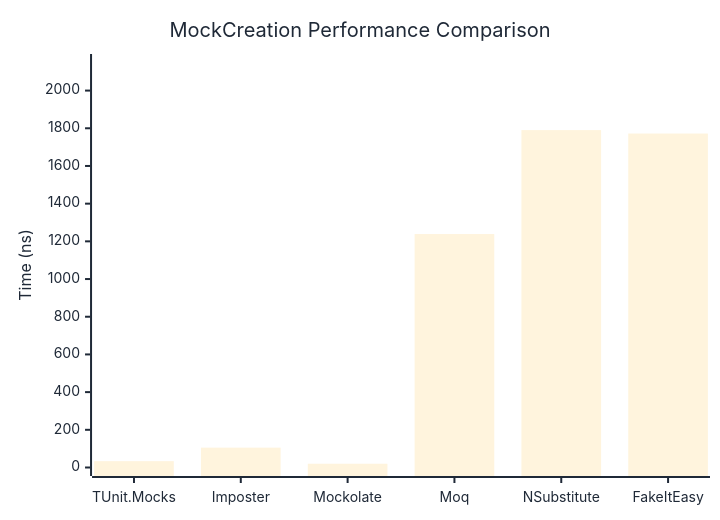
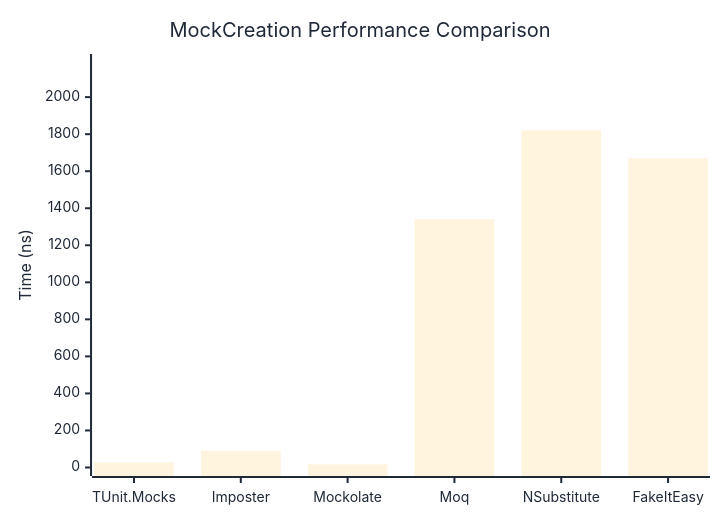
One commit to thomhurst/TUnit changed the first of 2 diagrams in docs/docs/benchmarks/mocks/MockCreation.md. Above: the diagram before and after it, drawn with Mermaid. The commit also changed other lines of this file and 14 other files, not shown here.

````diff
--- a/docs/docs/benchmarks/mocks/MockCreation.md
+++ b/docs/docs/benchmarks/mocks/MockCreation.md
@@ -30,27 +30,27 @@
 ```mermaid
 %%{init: {
   'theme':'base',
   'themeVariables': {
     'primaryColor': '#2563eb',
     'primaryTextColor': '#1f2937',
     'primaryBorderColor': '#1e40af',
     'lineColor': '#6b7280',
     'secondaryColor': '#7c3aed',
     'tertiaryColor': '#dc2626',
     'background': '#ffffff',
     'pie1': '#2563eb',
     'pie2': '#7c3aed',
     'pie3': '#dc2626',
     'pie4': '#f59e0b',
     'pie5': '#10b981',
     'pie6': '#06b6d4',
     'pie7': '#ec4899',
     'pie8': '#6366f1'
   }
 }}%%
 xychart-beta
   title "MockCreation Performance Comparison"
   x-axis ["TUnit.Mocks", "Imposter", "Mockolate", "Moq", "NSubstitute", "FakeItEasy"]
-  y-axis "Time (ns)" 0 --> 2149
-  bar [33.65, 105.36, 19.91, 1238.69, 1790.32, 1772.04]
+  y-axis "Time (ns)" 0 --> 2187
+  bar [28.06, 90.15, 17.07, 1340.32, 1822.02, 1668.83]
 ```
````
